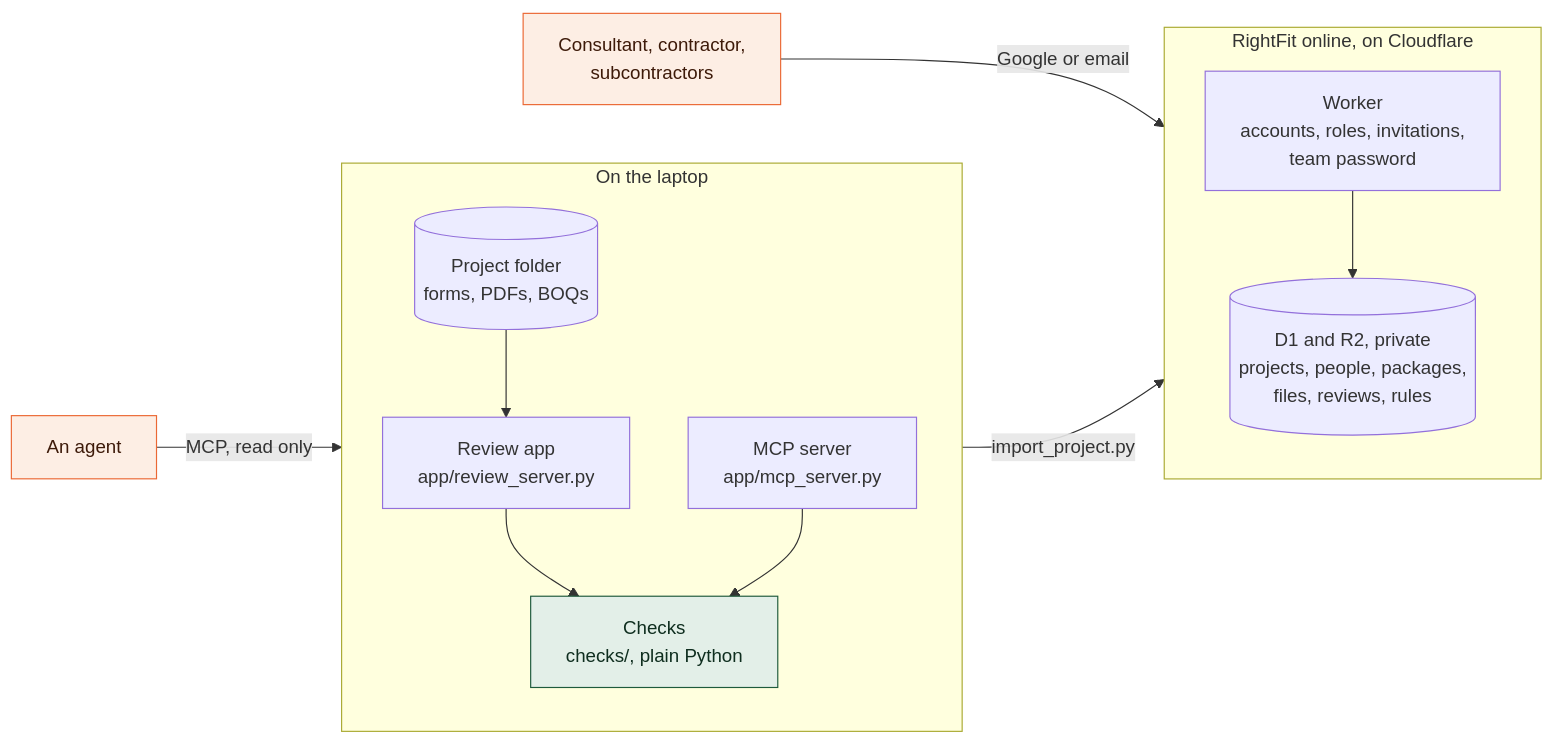
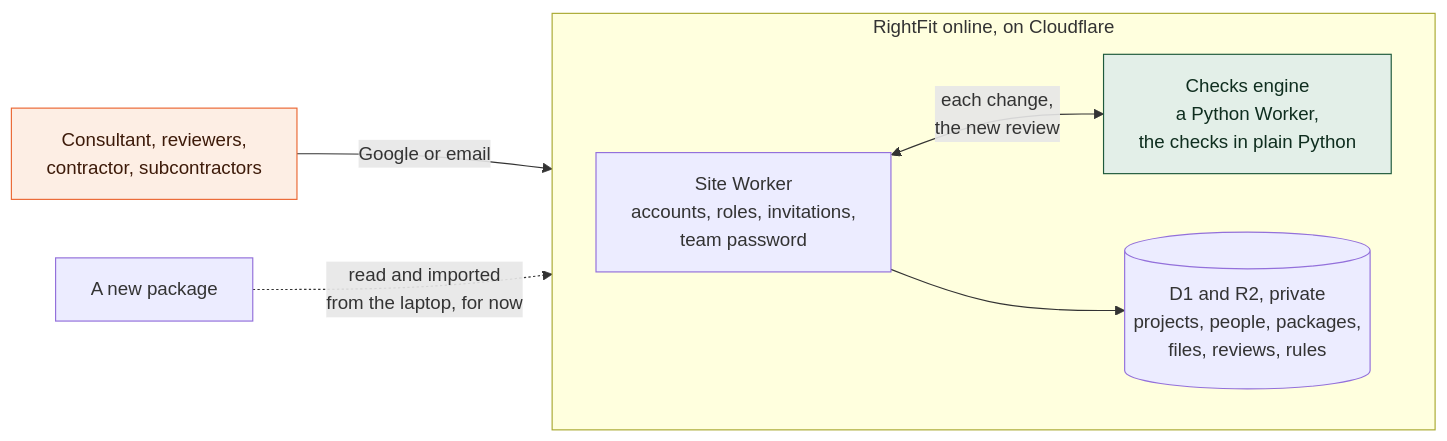
Before and after one commit to iaac-maai/RightFit: the second of 4 diagrams in README.md, drawn with Mermaid. The commit also changed other lines of this file, not shown here.

Commit message:
README: How it works shows RightFit online, where the review is done
The diagram had the laptop in the middle. Now it shows the people signing in,
the site's Worker, the checks engine it sends each change to, and the private
storage, with a new package still read and imported from the laptop for now.
The tests are 164 for the Python part and 20 for RightFit online.

````diff
--- a/README.md
+++ b/README.md
@@ -116,20 +116,14 @@
 ```mermaid
 flowchart LR
-    X["An agent"] -->|"MCP, read only"| T
-    subgraph laptop["On the laptop"]
-        direction TB
-        F[("Project folder<br/>forms, PDFs, BOQs")] --> A["Review app<br/>app/review_server.py"]
-        A --> C["Checks<br/>checks/, plain Python"]
-        T["MCP server<br/>app/mcp_server.py"] --> C
+    U["Consultant, reviewers,<br/>contractor, subcontractors"] -->|"Google or email"| W
+    subgraph online["RightFit online, on Cloudflare"]
+        direction LR
+        W["Site Worker<br/>accounts, roles, invitations,<br/>team password"] <-->|"each change,<br/>the new review"| E["Checks engine<br/>a Python Worker,<br/>the checks in plain Python"]
+        W --> S[("D1 and R2, private<br/>projects, people, packages,<br/>files, reviews, rules")]
     end
-    subgraph online["RightFit online, on Cloudflare"]
-        direction TB
-        W["Worker<br/>accounts, roles, invitations,<br/>team password"] --> S[("D1 and R2, private<br/>projects, people, packages,<br/>files, reviews, rules")]
-    end
-    A -->|"import_project.py"| S
-    U["Consultant, contractor,<br/>subcontractors"] -->|"Google or email"| W
+    N["A new package"] -.->|"read and imported<br/>from the laptop, for now"| S
     classDef rule fill:#e3efe8,stroke:#1e5a3c,color:#0f2e1f
     classDef person fill:#fdeee4,stroke:#eb6834,color:#3d1a09
-    class C rule
-    class U,X person
+    class E rule
+    class U person
 ```
````
